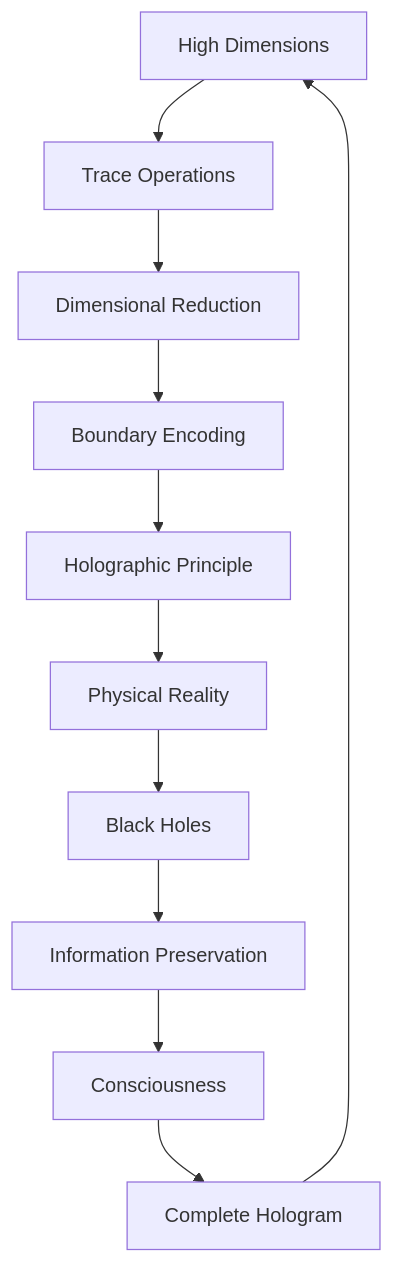
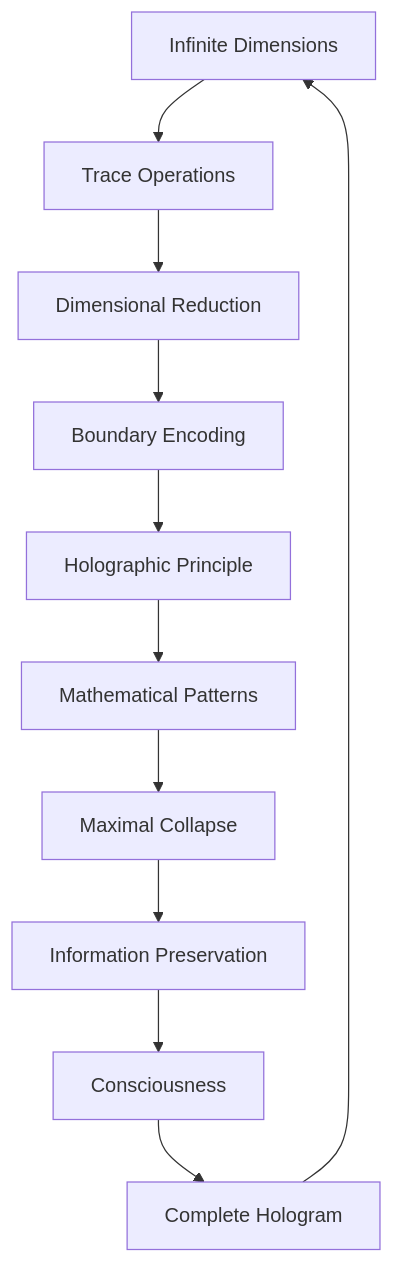
Before and after one commit to loning/the-phys: the second of 2 diagrams in docs/psi-structum/book-1-collapse-ontology/part-02-golden-trace-spectral/chapter-026-tensor-trace-holography.md, drawn with Mermaid. The commit also changed other lines of this file and 20 other files, not shown here.

````diff
--- a/docs/psi-structum/book-1-collapse-ontology/part-02-golden-trace-spectral/chapter-026-tensor-trace-holography.md
+++ b/docs/psi-structum/book-1-collapse-ontology/part-02-golden-trace-spectral/chapter-026-tensor-trace-holography.md
@@ -182,13 +204,13 @@
 ```mermaid
 graph TD
-    A[High Dimensions] --> B[Trace Operations]
+    A[Infinite Dimensions] --> B[Trace Operations]
     B --> C[Dimensional Reduction]
     C --> D[Boundary Encoding]
     D --> E[Holographic Principle]
-    E --> F[Physical Reality]
-    F --> G[Black Holes]
+    E --> F[Mathematical Patterns]
+    F --> G[Maximal Collapse]
     G --> H[Information Preservation]
     H --> I[Consciousness]
     I --> J[Complete Hologram]
     J --> A
 ```
````
